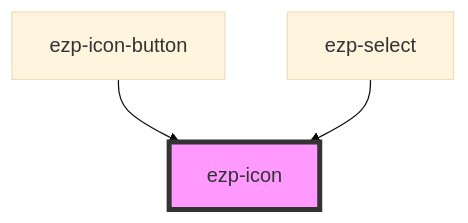
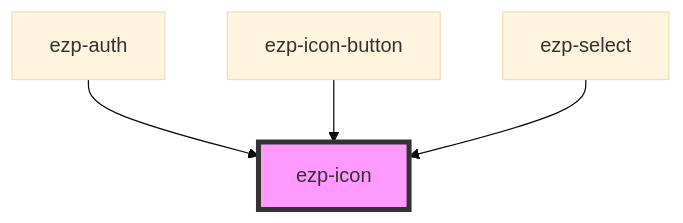
One commit to ezeep/ezeep-js changed the diagram in src/components/ezp-icon/readme.md. Above: the diagram before and after it, drawn with Mermaid (base theme). The commit also changed other lines of this file and 17 other files, not shown here.

````diff
--- a/src/components/ezp-icon/readme.md
+++ b/src/components/ezp-icon/readme.md
@@ -26,6 +28,7 @@
 ```mermaid
 graph TD;
+  ezp-auth --> ezp-icon
   ezp-icon-button --> ezp-icon
   ezp-select --> ezp-icon
   style ezp-icon fill:#f9f,stroke:#333,stroke-width:4px
 ```
````
